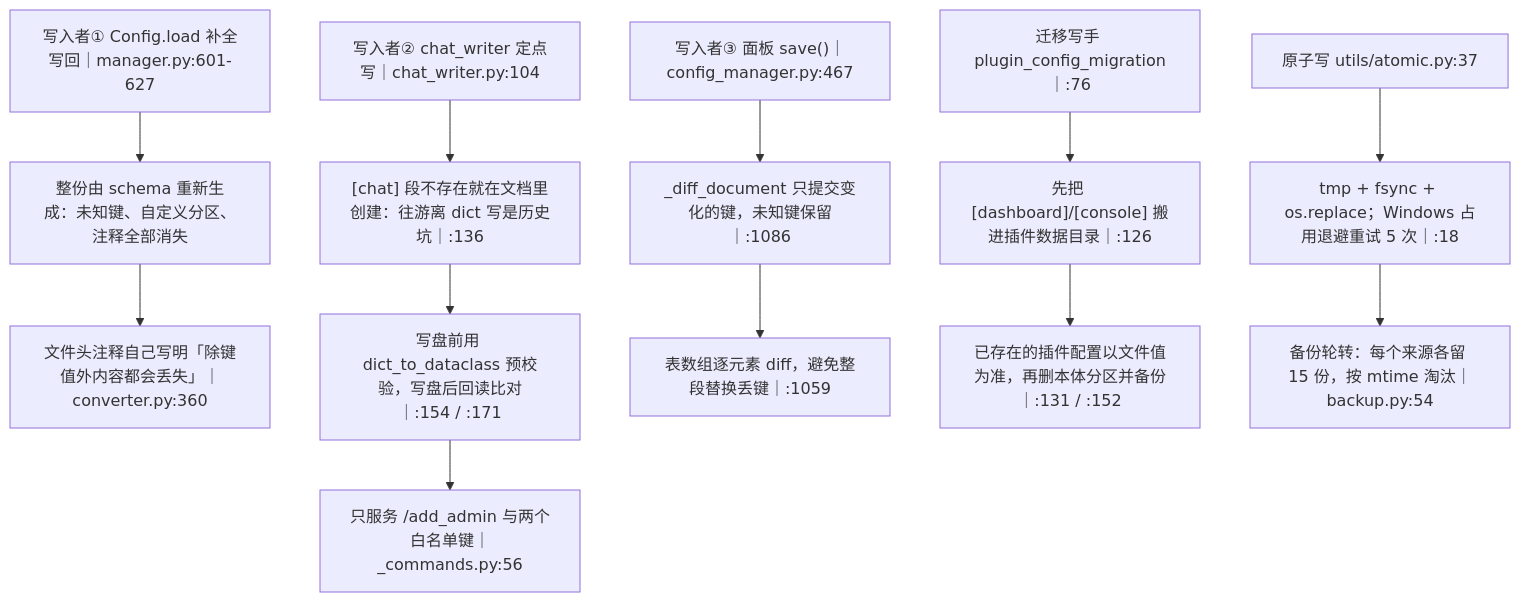
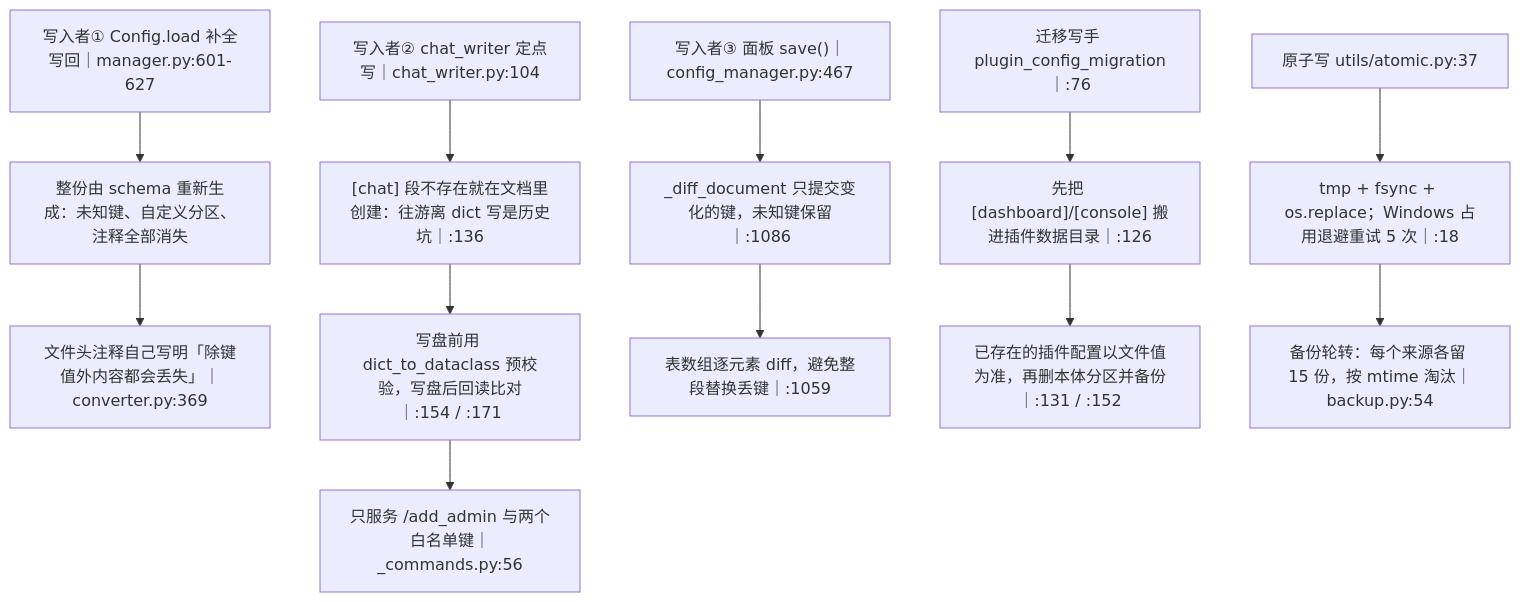
Before and after one commit to SuperQuail/NeoBot: diagram 12 of 12 in docs/flow/01b-config-system.md, drawn with Mermaid. The commit also changed other lines of this file and 1 other file, not shown here.

First line of the commit message:
docs(flow): 补齐流程图里的行号与 Annotated 说明

````diff
--- a/docs/flow/01b-config-system.md
+++ b/docs/flow/01b-config-system.md
@@ -400,14 +400,14 @@
 ```mermaid
 flowchart TD
     A["写入者① Config.load 补全写回｜manager.py:601-627"] --> A1["整份由 schema 重新生成：未知键、自定义分区、注释全部消失"]
-    A1 --> A2["文件头注释自己写明「除键值外内容都会丢失」｜converter.py:360"]
+    A1 --> A2["文件头注释自己写明「除键值外内容都会丢失」｜converter.py:369"]
     B["写入者② chat_writer 定点写｜chat_writer.py:104"] --> B1["[chat] 段不存在就在文档里创建：往游离 dict 写是历史坑｜:136"]
     B1 --> B2["写盘前用 dict_to_dataclass 预校验，写盘后回读比对｜:154 / :171"]
     B2 --> B3["只服务 /add_admin 与两个白名单键｜_commands.py:56"]
     C["写入者③ 面板 save()｜config_manager.py:467"] --> C1["_diff_document 只提交变化的键，未知键保留｜:1086"]
     C1 --> C2["表数组逐元素 diff，避免整段替换丢键｜:1059"]
     D["迁移写手 plugin_config_migration｜:76"] --> D1["先把 [dashboard]/[console] 搬进插件数据目录｜:126"]
     D1 --> D2["已存在的插件配置以文件值为准，再删本体分区并备份｜:131 / :152"]
     E["原子写 utils/atomic.py:37"] --> E1["tmp + fsync + os.replace；Windows 占用退避重试 5 次｜:18"]
     E1 --> E2["备份轮转：每个来源各留 15 份，按 mtime 淘汰｜backup.py:54"]
 ```
````
